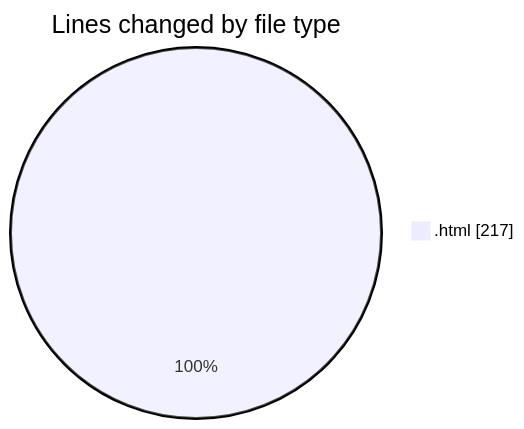
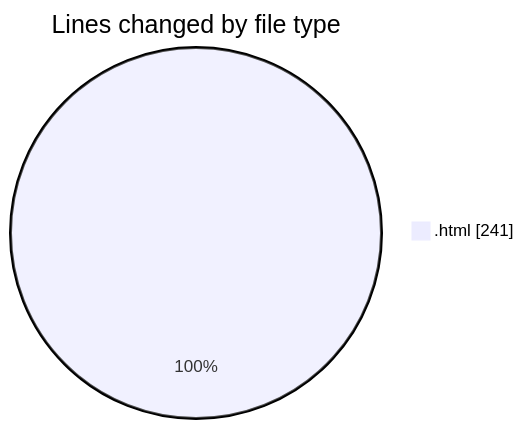
The first of 2 diagrams in 2025-04-30/enre_-_calculadora_de_consumo_v_2022_files/README.md (LanceThiago/code-tracking), drawn with Mermaid before and after one commit. The commit also changed other lines of this file and 1 other file, not shown here.

````diff
--- a/2025-04-30/enre_-_calculadora_de_consumo_v_2022_files/README.md
+++ b/2025-04-30/enre_-_calculadora_de_consumo_v_2022_files/README.md
@@ -20,5 +20,5 @@
 ```mermaid
 pie showData
 title Lines changed by file type
-".html" : 217
+".html" : 241
 ```
````
